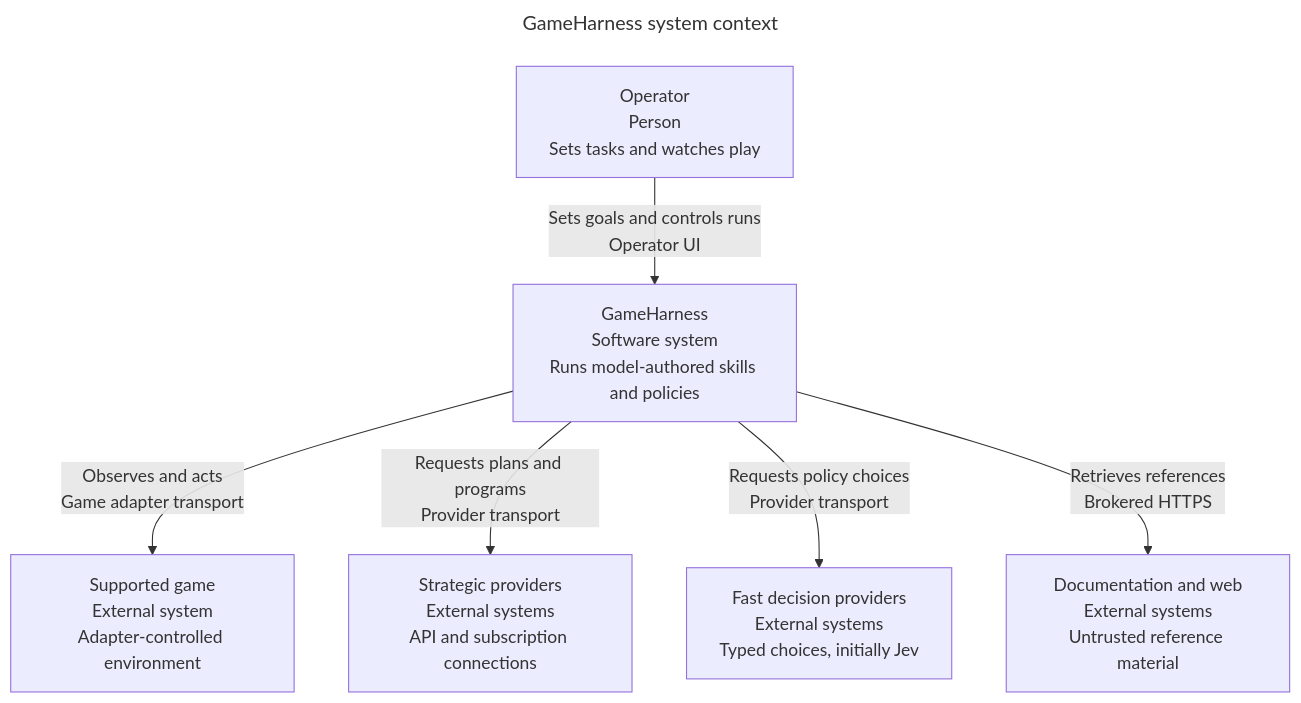
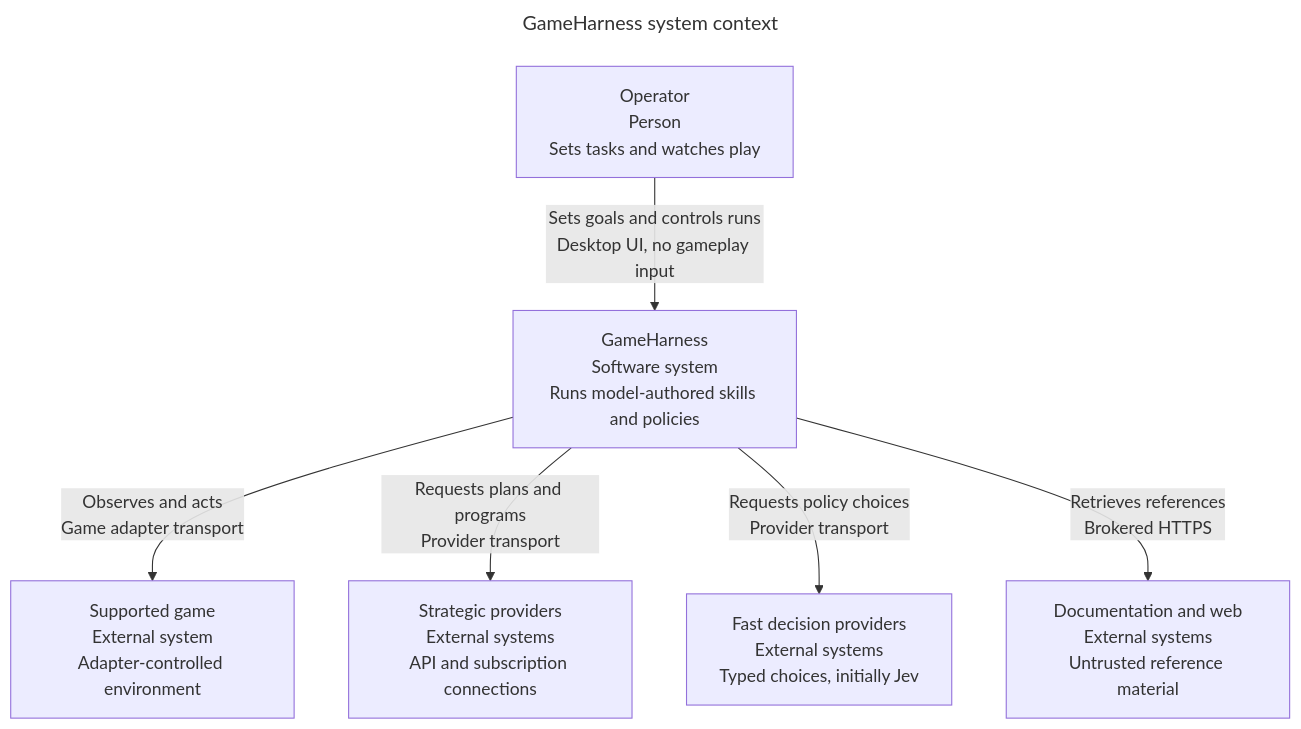
Before and after one commit to make-no-mistakes-team/game-harness: the diagram in docs/architecture/c4-context.md, drawn with Mermaid. The commit also changed other lines of this file and 133 other files, not shown here.

````diff
--- a/docs/architecture/c4-context.md
+++ b/docs/architecture/c4-context.md
@@ -5,17 +5,17 @@
 ```mermaid
 ---
 title: GameHarness system context
 ---
 flowchart TB
     operator["Operator<br/>Person<br/>Sets tasks and watches play"]
     harness["GameHarness<br/>Software system<br/>Runs model-authored skills and policies"]
     game["Supported game<br/>External system<br/>Adapter-controlled environment"]
     strategic["Strategic providers<br/>External systems<br/>API and subscription connections"]
     fast["Fast decision providers<br/>External systems<br/>Typed choices, initially Jev"]
     docs["Documentation and web<br/>External systems<br/>Untrusted reference material"]
-    operator -->|"Sets goals and controls runs<br/>Operator UI"| harness
+    operator -->|"Sets goals and controls runs<br/>Desktop UI, no gameplay input"| harness
     harness -->|"Observes and acts<br/>Game adapter transport"| game
     harness -->|"Requests plans and programs<br/>Provider transport"| strategic
     harness -->|"Requests policy choices<br/>Provider transport"| fast
     harness -->|"Retrieves references<br/>Brokered HTTPS"| docs
 ```
````
